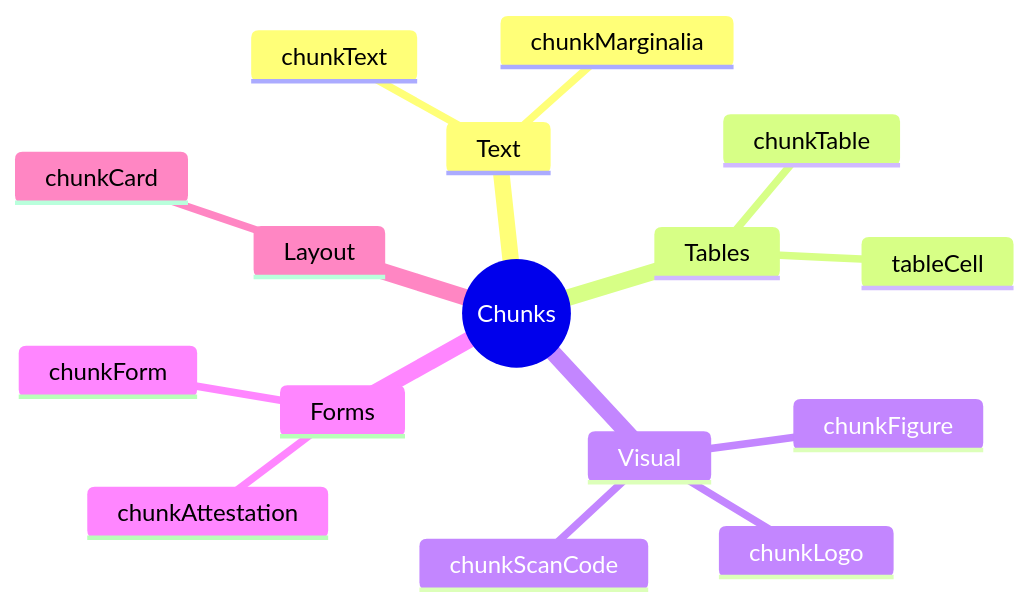
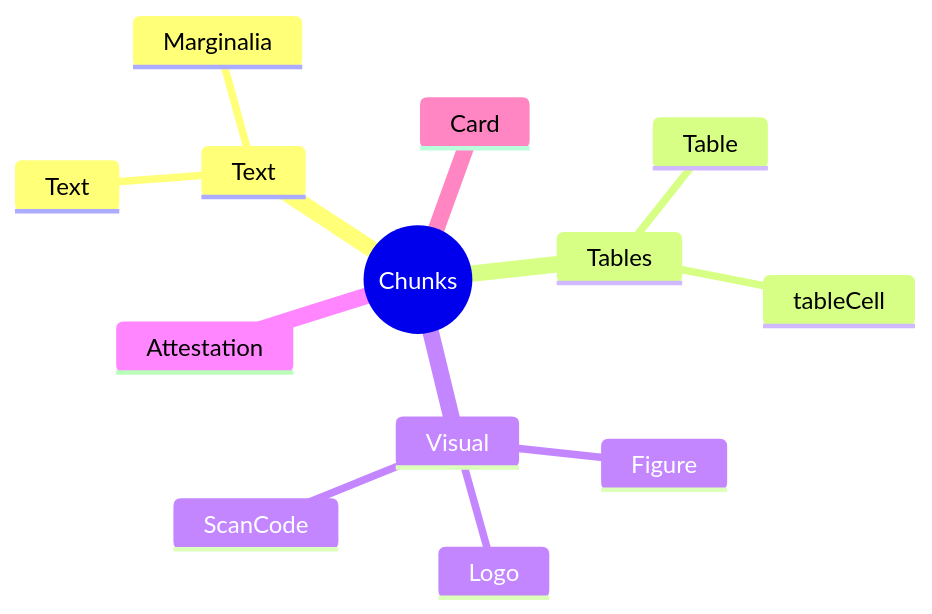
The first of 7 diagrams in concepts.md (avaxia8/the-ade-cookbook), drawn with Mermaid before and after one commit. The commit also changed other lines of this file and 1 other file, not shown here.

````diff
--- a/concepts.md
+++ b/concepts.md
@@ -108,19 +46,16 @@
 ```mermaid
 mindmap
   root((Chunks))
     Text
-      chunkText
-      chunkMarginalia
+      Text
+      Marginalia
     Tables
-      chunkTable
+      Table
       tableCell
     Visual
-      chunkFigure
-      chunkLogo
-      chunkScanCode
-    Forms
-      chunkForm
-      chunkAttestation
-    Layout
-      chunkCard
+      Figure
+      Logo
+      ScanCode
+    Attestation
+    Card
 ```
````
